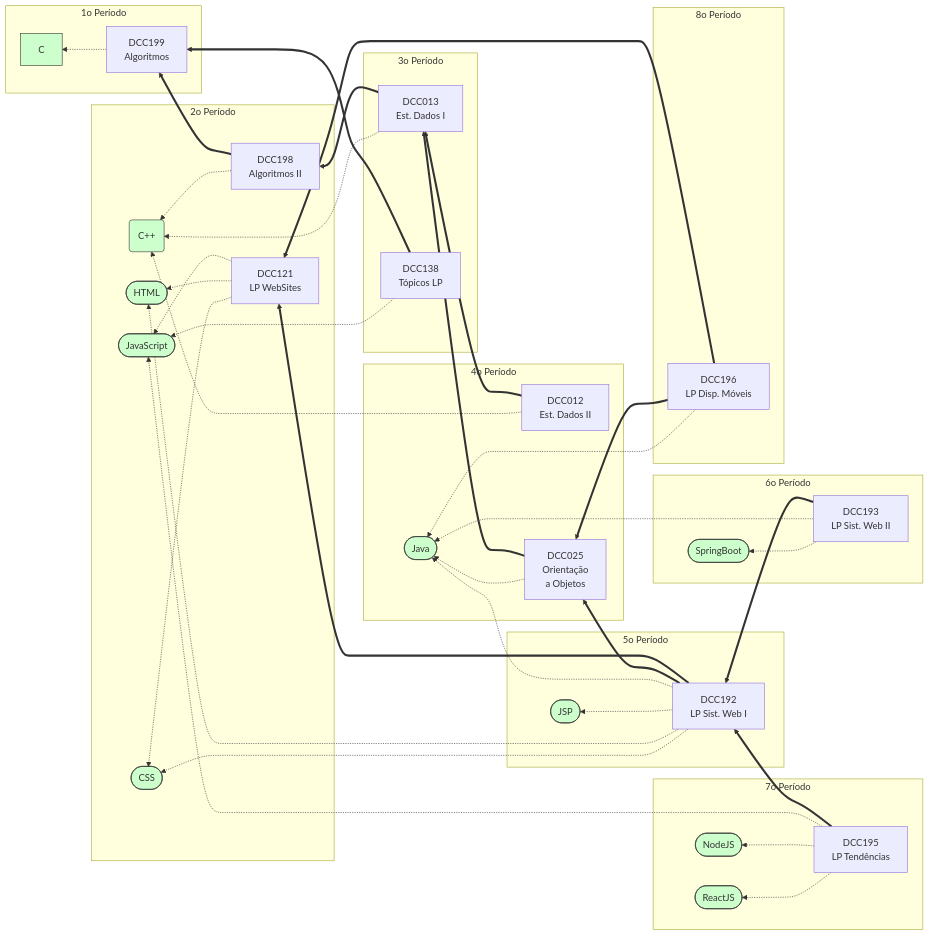
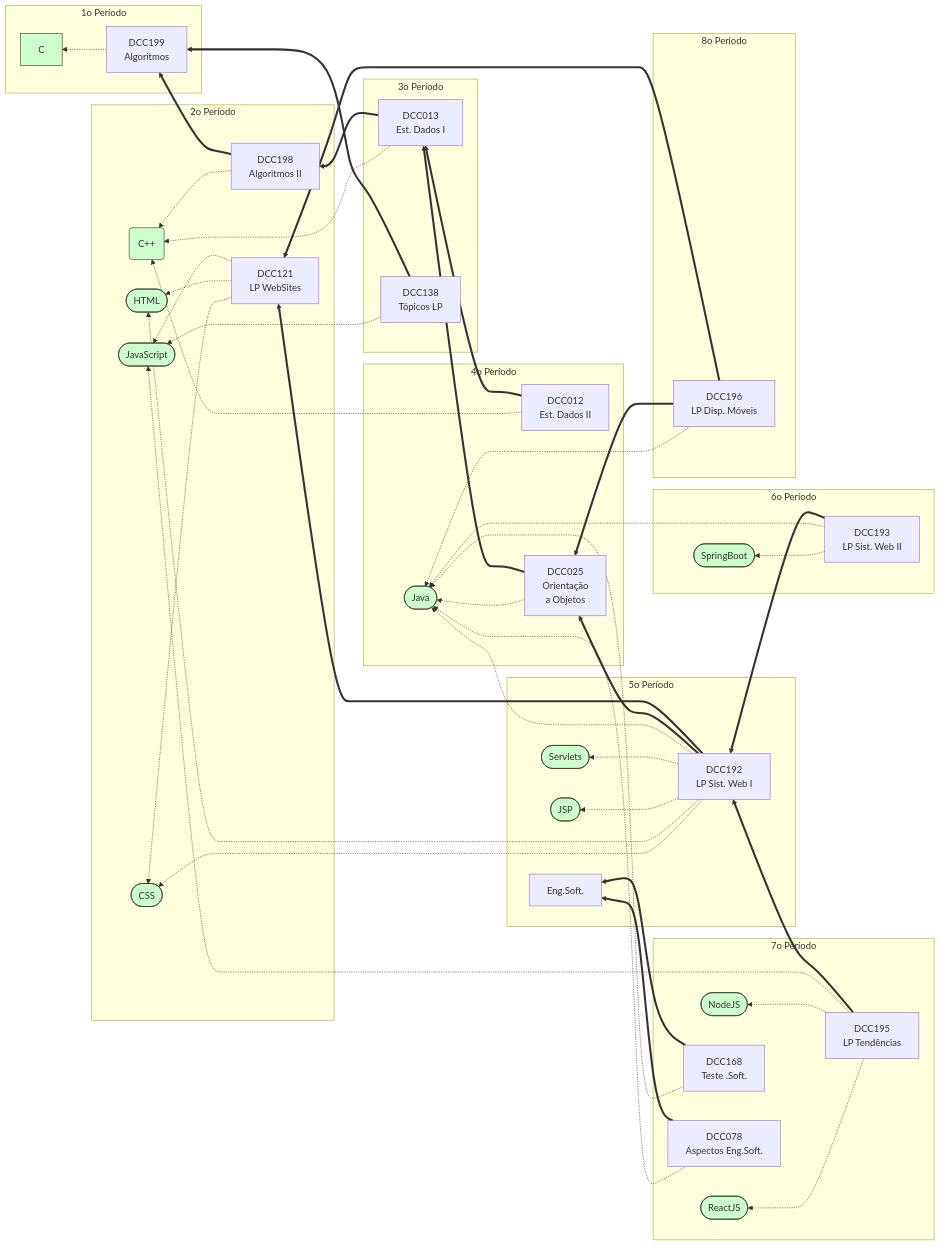
Before and after one commit to igorknop/ufjf-dcc-tech-tree: the diagram in README.md, drawn with Mermaid.

Commit message:
add aspects and test

````diff
--- a/README.md
+++ b/README.md
@@ -43,9 +43,13 @@
     DCC192==> DCC121
     DCC192==> DCC025
     DCC192 -.-> Java
+    DCC192 -.-> Servlets([Servlets])
     DCC192 -.-> JSP([JSP])
     DCC192 -.-> HTML
     DCC192 -.-> CSS
+
+    DCC061[Eng.Soft.]
+
 end
 
 subgraph 6o Período
@@ -56,11 +60,20 @@
 end
 
 subgraph 7o Período
-DCC195[DCC195\nLP Tendências]
+    DCC195[DCC195\nLP Tendências]
     DCC195 ==> DCC192
     DCC195 -.-> JS
     DCC195 -.-> NodeJS([NodeJS])
     DCC195 -.-> ReactJS([ReactJS])
+
+    DCC168[DCC168\n Teste .Soft.]
+    DCC168 ==> DCC061
+    DCC168 -.-> Java
+
+
+    DCC078[DCC078\nAspectos Eng.Soft.]
+    DCC078 ==> DCC061[Eng.Soft.]
+    DCC078 -.-> Java
 end
 
 subgraph 8o Período
@@ -72,5 +85,5 @@
 
 
     classDef tech fill:#cfc,stroke:#333,stroke-width:1px
-    class C,CPP,HTML,CSS,JS,NodeJS,Java,JSP,SpringBoot,ReactJS tech;
+    class C,CPP,HTML,CSS,JS,NodeJS,Java,JSP,Servlets,SpringBoot,ReactJS tech;
 ```
````
